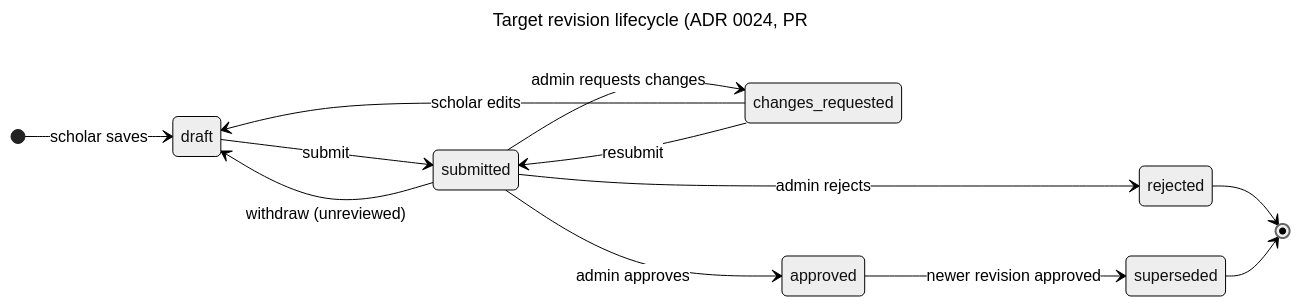
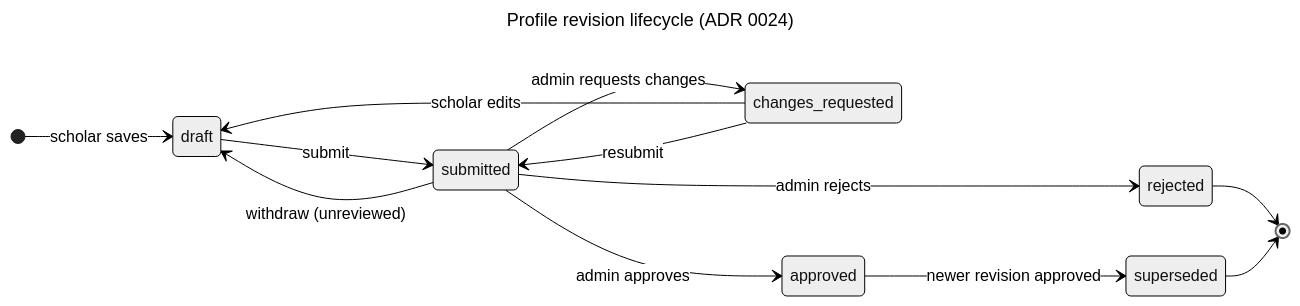
The third of 4 diagrams in README.md (ricardojjulia/FaithFullScholars), drawn with Mermaid (neutral theme) before and after one commit. The commit also changed other lines of this file and 1 other file, not shown here.

Commit message:
docs(repo): describe the revision lifecycle as live now that #56 is deployed

````diff
--- a/README.md
+++ b/README.md
@@ -151,18 +151,18 @@
 ```mermaid
 ---
-title: Target revision lifecycle (ADR 0024, PR #56, not yet on main)
+title: Profile revision lifecycle (ADR 0024)
 ---
 stateDiagram-v2
     direction LR
     [*] --> draft: scholar saves
     draft --> submitted: submit
     submitted --> draft: withdraw (unreviewed)
     submitted --> changes_requested: admin requests changes
     changes_requested --> draft: scholar edits
     changes_requested --> submitted: resubmit
     submitted --> approved: admin approves
     submitted --> rejected: admin rejects
     approved --> superseded: newer revision approved
     rejected --> [*]
     superseded --> [*]
 ```
````
